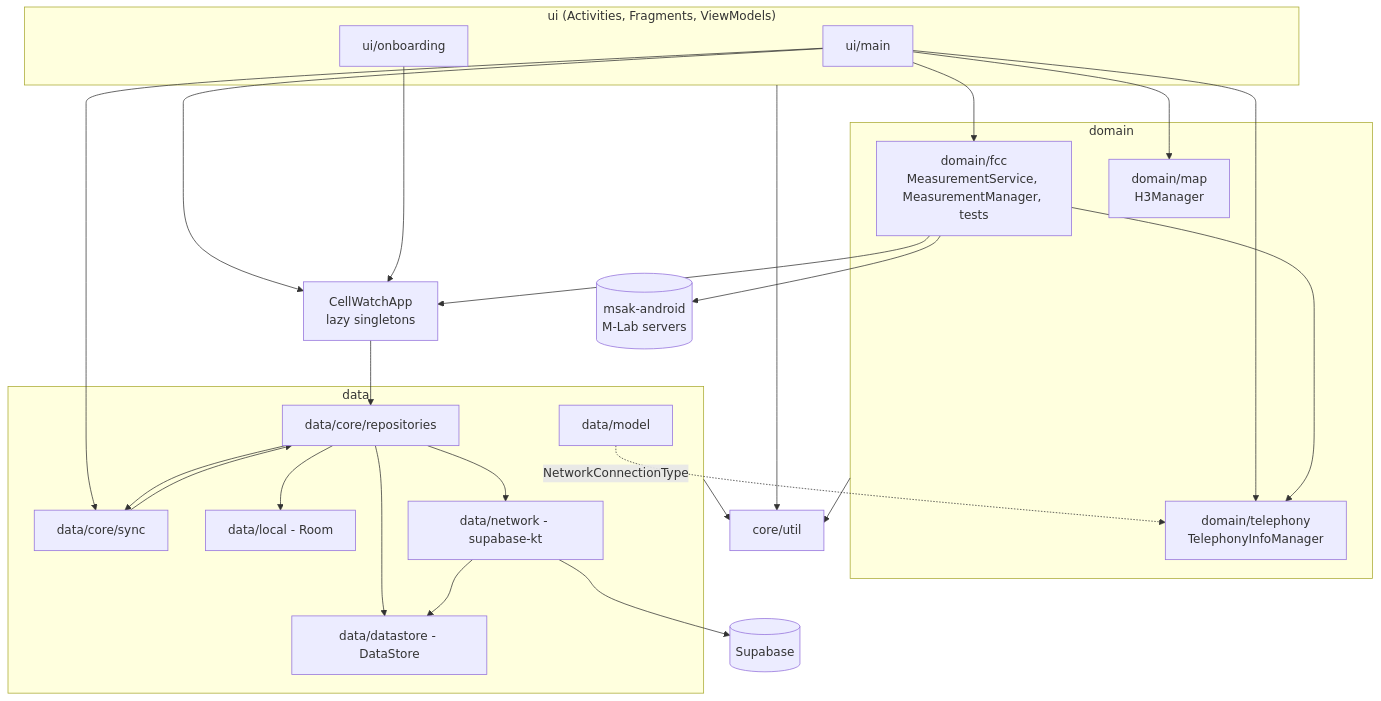
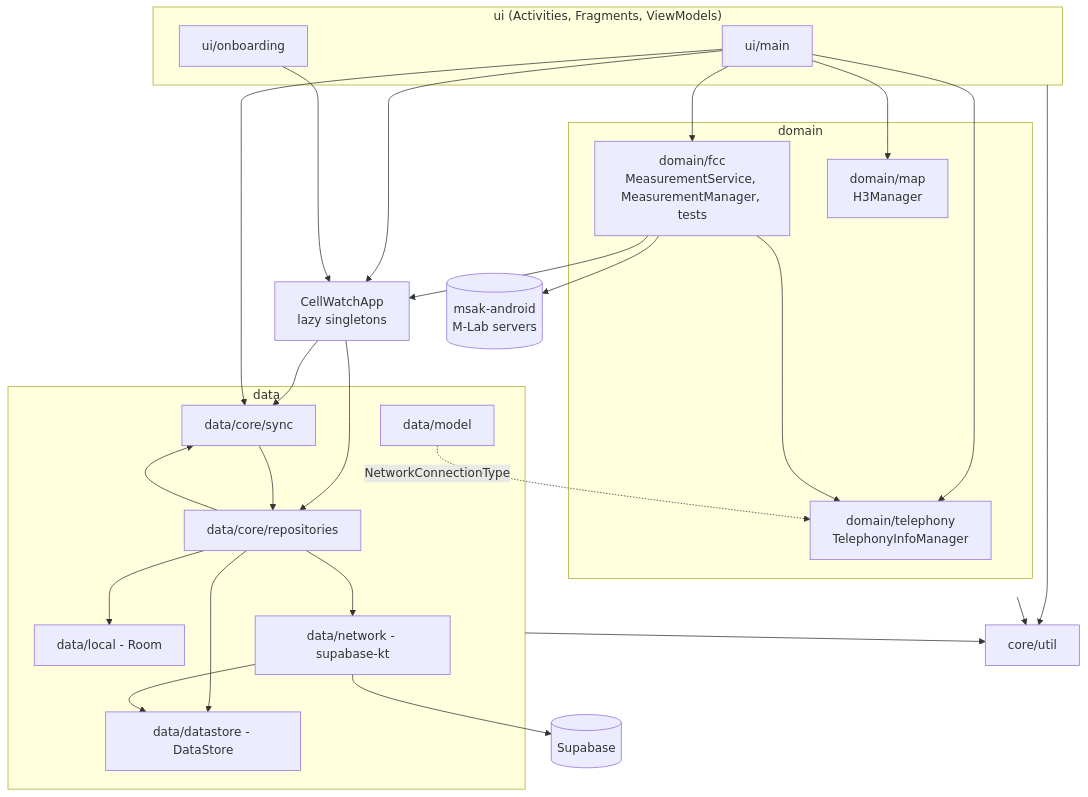
One commit to CellWatch/cellwatch-app changed the diagram in docs/app/layout.md. Above: the diagram before and after it, drawn with Mermaid. The commit also changed other lines of this file and 22 other files, not shown here.

````diff
--- a/docs/app/layout.md
+++ b/docs/app/layout.md
@@ -37,46 +39,47 @@
 ```mermaid
 flowchart TD
     subgraph UI["ui (Activities, Fragments, ViewModels)"]
         uimain[ui/main]
         uionb[ui/onboarding]
     end
     subgraph DOMAIN["domain"]
         fcc[domain/fcc<br/>MeasurementService, MeasurementManager, tests]
         tel[domain/telephony<br/>TelephonyInfoManager]
         map[domain/map<br/>H3Manager]
     end
     subgraph DATA["data"]
         repo[data/core/repositories]
         sync[data/core/sync]
         local[data/local - Room]
         ds[data/datastore - DataStore]
         net[data/network - supabase-kt]
         model[data/model]
     end
     app[CellWatchApp<br/>lazy singletons]
     util[core/util]
     ext1[(msak-android<br/>M-Lab servers)]
     ext2[(Supabase)]
 
     uimain --> fcc
     uimain --> map
     uimain --> tel
     uimain --> app
     uionb --> app
+    app --> sync
     uimain --> sync
     fcc --> tel
     fcc --> app
     fcc --> ext1
     app --> repo
     repo --> local
     repo --> net
     repo --> sync
     sync --> repo
     repo --> ds
     net --> ds
     net --> ext2
     model -. NetworkConnectionType .-> tel
     UI --> util
     DOMAIN --> util
     DATA --> util
 ```
````
